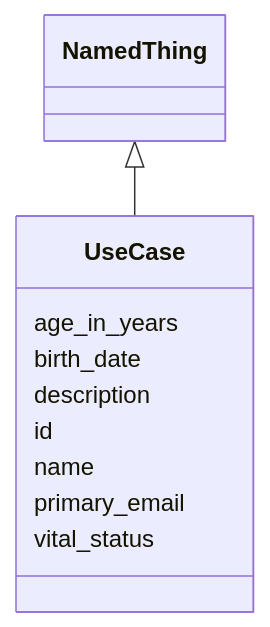
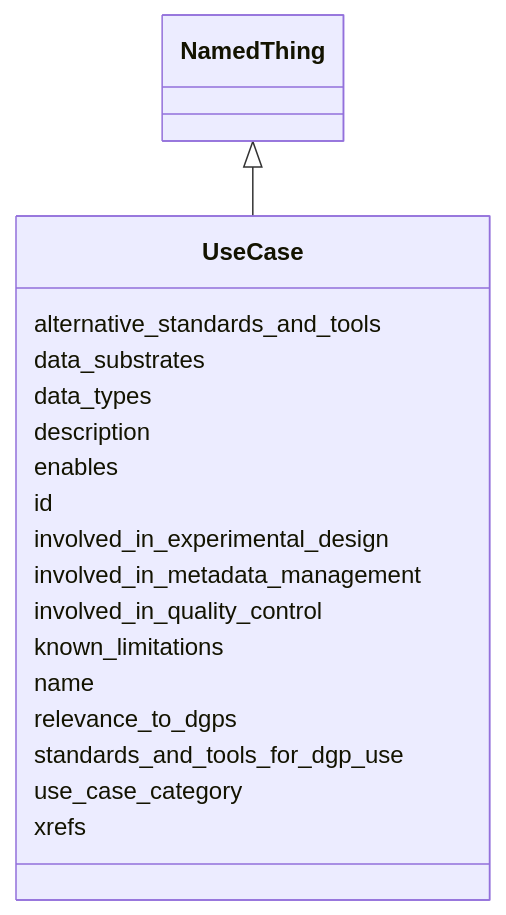
The diagram in docs/UseCase.md (bridge2ai/standards-schemas), drawn with Mermaid before and after one commit. The commit also changed other lines of this file and 55 other files, not shown here.

Commit message:
Update use case schema, make all

````diff
--- a/docs/UseCase.md
+++ b/docs/UseCase.md
@@ -10,14 +10,22 @@
 ```mermaid
  classDiagram
     class UseCase
       NamedThing <|-- UseCase
       
-      UseCase : age_in_years
-      UseCase : birth_date
+      UseCase : alternative_standards_and_tools
+      UseCase : data_substrates
+      UseCase : data_types
       UseCase : description
+      UseCase : enables
       UseCase : id
+      UseCase : involved_in_experimental_design
+      UseCase : involved_in_metadata_management
+      UseCase : involved_in_quality_control
+      UseCase : known_limitations
       UseCase : name
-      UseCase : primary_email
-      UseCase : vital_status
+      UseCase : relevance_to_dgps
+      UseCase : standards_and_tools_for_dgp_use
+      UseCase : use_case_category
+      UseCase : xrefs
       
 ```
````
